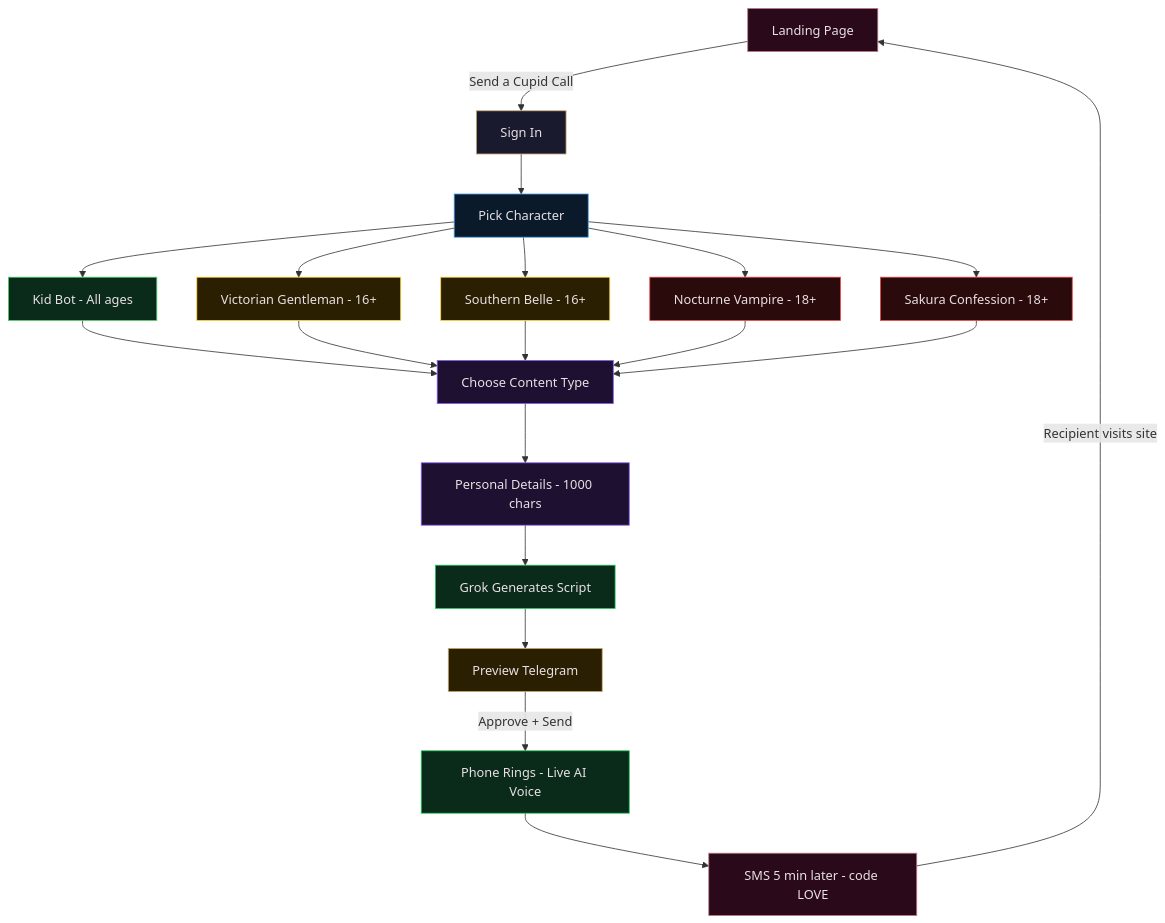
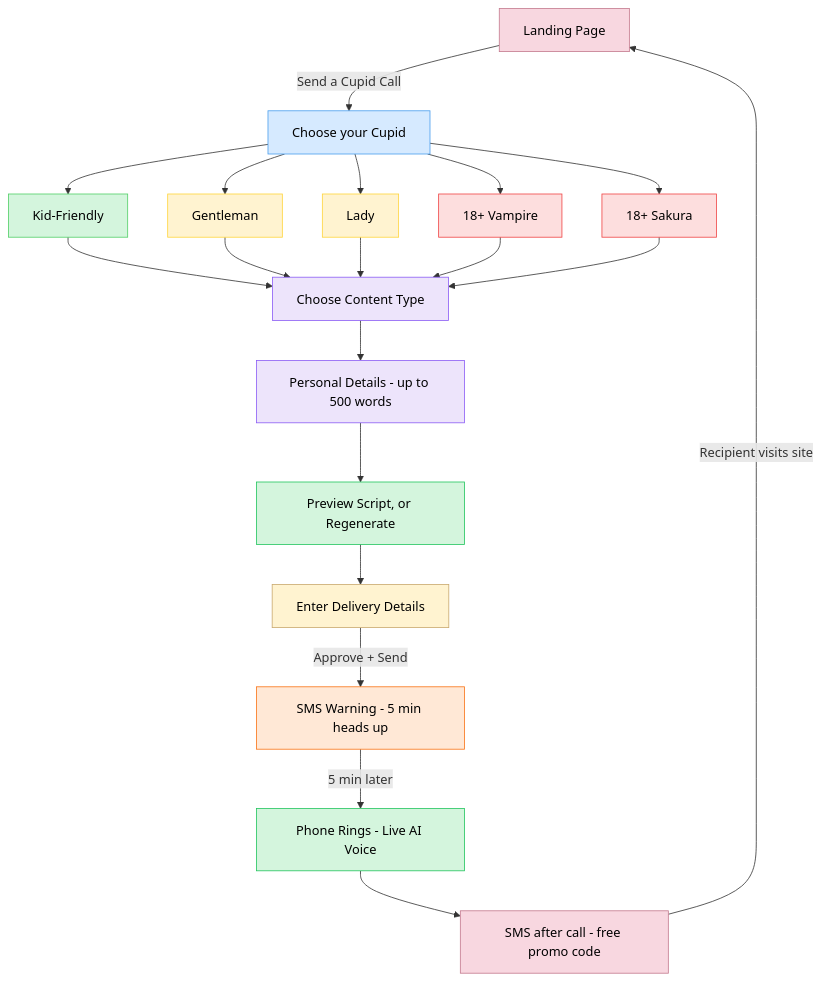
The first of 2 diagrams in README.md (bitpixi2/impress-your-valentine), drawn with Mermaid before and after one commit. The commit also changed other lines of this file, not shown here.

Commit message:
Mermaid Adjustments
I may have to rotate the promo code was exposed.

````diff
--- a/README.md
+++ b/README.md
@@ -25,39 +25,37 @@
 ```mermaid
 flowchart TD
-    A[Landing Page] -->|Send a Cupid Call| B[Sign In]
-    B --> D[Pick Character]
+    A[Landing Page] -->|Send a Cupid Call| D[Choose your Cupid]
     
-    D --> D1[Kid Bot - All ages]
-    D --> D2[Victorian Gentleman - 16+]
-    D --> D3[Southern Belle - 16+]
-    D --> D4[Nocturne Vampire - 18+]
-    D --> D5[Sakura Confession - 18+]
+    D --> D1[Kid-Friendly]
+    D --> D2[Gentleman]
+    D --> D3[Lady]
+    D --> D4[18+ Vampire]
+    D --> D5[18+ Sakura]
     
     D1 --> E[Choose Content Type]
     D2 --> E
     D3 --> E
     D4 --> E
     D5 --> E
-
-    E --> F[Personal Details - 1000 chars]
-    F --> G[Grok Generates Script]
-    G --> H[Preview Telegram]
-    H -->|Approve + Send| I[Phone Rings - Live AI Voice]
-    I --> J[SMS 5 min later - code LOVE]
+    E --> F[Personal Details - up to 500 words]
+    F --> G[Preview Script, or Regenerate]
+    G --> H[Enter Delivery Details]
+    H -->|Approve + Send| W[SMS Warning - 5 min heads up]
+    W -->|5 min later| I[Phone Rings - Live AI Voice]
+    I --> J[SMS after call - free promo code]
     J -->|Recipient visits site| A
-
-    style A fill:#2a0a1a,stroke:#C47A8E,color:#E8E0E4
-    style B fill:#1a1a2e,stroke:#C9A96E,color:#E8E0E4
-    style D fill:#0a1a2a,stroke:#4a9eed,color:#E8E0E4
-    style D1 fill:#0a2a1a,stroke:#51cf66,color:#E8E0E4
-    style D2 fill:#2a1f00,stroke:#ffd43b,color:#E8E0E4
-    style D3 fill:#2a1f00,stroke:#ffd43b,color:#E8E0E4
-    style D4 fill:#2a0a0a,stroke:#ef4444,color:#E8E0E4
-    style D5 fill:#2a0a0a,stroke:#ef4444,color:#E8E0E4
-    style E fill:#1e1030,stroke:#8b5cf6,color:#E8E0E4
-    style F fill:#1e1030,stroke:#8b5cf6,color:#E8E0E4
-    style G fill:#0a2a1a,stroke:#22c55e,color:#E8E0E4
-    style H fill:#2a1f00,stroke:#C9A96E,color:#E8E0E4
-    style I fill:#0a2a1a,stroke:#22c55e,color:#E8E0E4
-    style J fill:#2a0a1a,stroke:#C47A8E,color:#E8E0E4
+    style A fill:#F8D7E0,stroke:#C47A8E,color:#000000
+    style D fill:#D6EAFF,stroke:#4a9eed,color:#000000
+    style D1 fill:#D4F5DD,stroke:#51cf66,color:#000000
+    style D2 fill:#FFF3D0,stroke:#ffd43b,color:#000000
+    style D3 fill:#FFF3D0,stroke:#ffd43b,color:#000000
+    style D4 fill:#FDDEDE,stroke:#ef4444,color:#000000
+    style D5 fill:#FDDEDE,stroke:#ef4444,color:#000000
+    style E fill:#EDE4FB,stroke:#8b5cf6,color:#000000
+    style F fill:#EDE4FB,stroke:#8b5cf6,color:#000000
+    style G fill:#D4F5DD,stroke:#22c55e,color:#000000
+    style H fill:#FFF3D0,stroke:#C9A96E,color:#000000
+    style W fill:#FFE8D6,stroke:#F97316,color:#000000
+    style I fill:#D4F5DD,stroke:#22c55e,color:#000000
+    style J fill:#F8D7E0,stroke:#C47A8E,color:#000000
 ```
````
